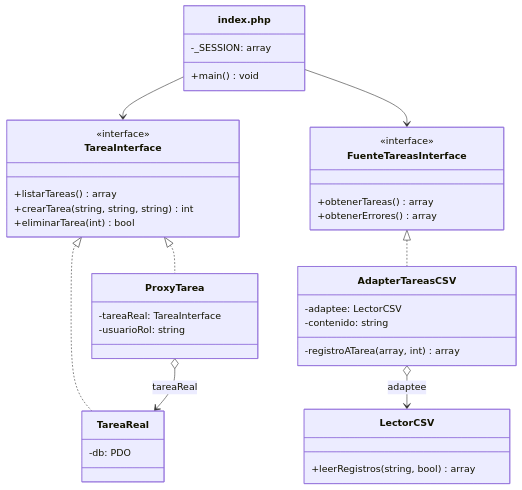
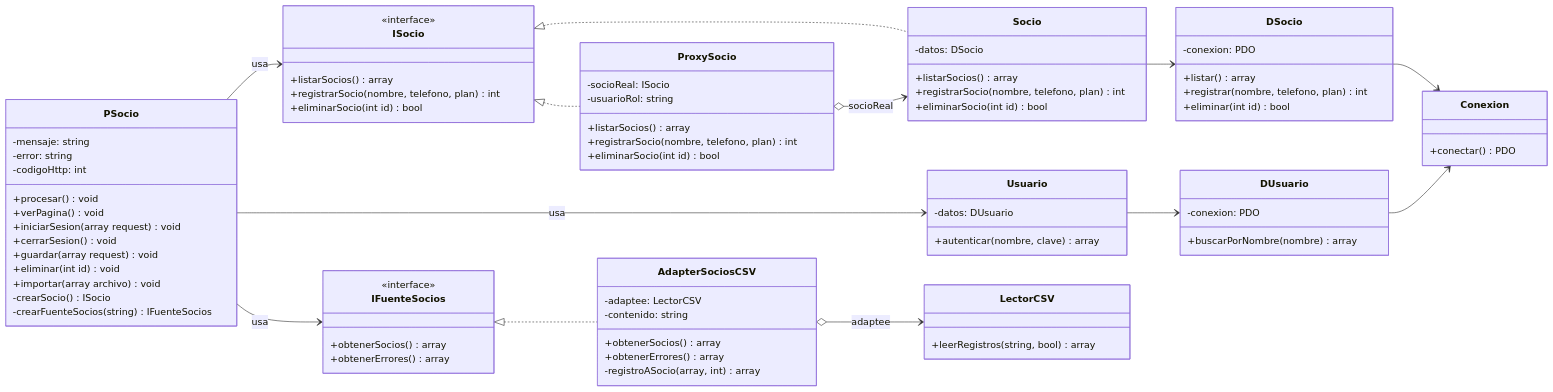
The diagram in README.md (javiertlo55/examen-arqui-patrones), drawn with Mermaid before and after one commit. The commit also changed other lines of this file and 34 other files, not shown here.

First line of the commit message:
Gimnasio en 3 capas: Proxy (dar de baja socio) y Adapter (importar socios CSV)

````diff
--- a/README.md
+++ b/README.md
@@ -18,40 +41,81 @@
 ```mermaid
 classDiagram
-    class index_php["index.php"] {
-        -_SESSION: array
-        +main() void
+    direction LR
+    class PSocio {
+        -mensaje: string
+        -error: string
+        -codigoHttp: int
+        +procesar() void
+        +verPagina() void
+        +iniciarSesion(array request) void
+        +cerrarSesion() void
+        +guardar(array request) void
+        +eliminar(int id) void
+        +importar(array archivo) void
+        -crearSocio() ISocio
+        -crearFuenteSocios(string) IFuenteSocios
     }
-    class TareaInterface {
+    class ISocio {
         <<interface>>
-        +listarTareas() array
-        +crearTarea(string, string, string) int
-        +eliminarTarea(int) bool
+        +listarSocios() array
+        +registrarSocio(nombre, telefono, plan) int
+        +eliminarSocio(int id) bool
     }
-    class TareaReal {
-        -db: PDO
+    class Socio {
+        -datos: DSocio
+        +listarSocios() array
+        +registrarSocio(nombre, telefono, plan) int
+        +eliminarSocio(int id) bool
     }
-    class ProxyTarea {
-        -tareaReal: TareaInterface
+    class ProxySocio {
+        -socioReal: ISocio
         -usuarioRol: string
+        +listarSocios() array
+        +registrarSocio(nombre, telefono, plan) int
+        +eliminarSocio(int id) bool
     }
-    class FuenteTareasInterface {
+    class IFuenteSocios {
         <<interface>>
-        +obtenerTareas() array
+        +obtenerSocios() array
         +obtenerErrores() array
     }
-    class AdapterTareasCSV {
+    class AdapterSociosCSV {
         -adaptee: LectorCSV
         -contenido: string
-        -registroATarea(array, int) array
+        +obtenerSocios() array
+        +obtenerErrores() array
+        -registroASocio(array, int) array
+    }
+    class Usuario {
+        -datos: DUsuario
+        +autenticar(nombre, clave) array
+    }
+    class DSocio {
+        -conexion: PDO
+        +listar() array
+        +registrar(nombre, telefono, plan) int
+        +eliminar(int id) bool
+    }
+    class DUsuario {
+        -conexion: PDO
+        +buscarPorNombre(nombre) array
+    }
+    class Conexion {
+        +conectar() PDO
     }
     class LectorCSV {
         +leerRegistros(string, bool) array
     }
-    index_php --> TareaInterface
-    index_php --> FuenteTareasInterface
-    TareaInterface <|.. TareaReal
-    TareaInterface <|.. ProxyTarea
-    ProxyTarea o--> TareaReal : tareaReal
-    FuenteTareasInterface <|.. AdapterTareasCSV
-    AdapterTareasCSV o--> LectorCSV : adaptee
+    PSocio --> ISocio : usa
+    PSocio --> IFuenteSocios : usa
+    PSocio --> Usuario : usa
+    ISocio <|.. Socio
+    ISocio <|.. ProxySocio
+    ProxySocio o--> Socio : socioReal
+    IFuenteSocios <|.. AdapterSociosCSV
+    AdapterSociosCSV o--> LectorCSV : adaptee
+    Socio --> DSocio
+    Usuario --> DUsuario
+    DSocio --> Conexion
+    DUsuario --> Conexion
 ```
````
